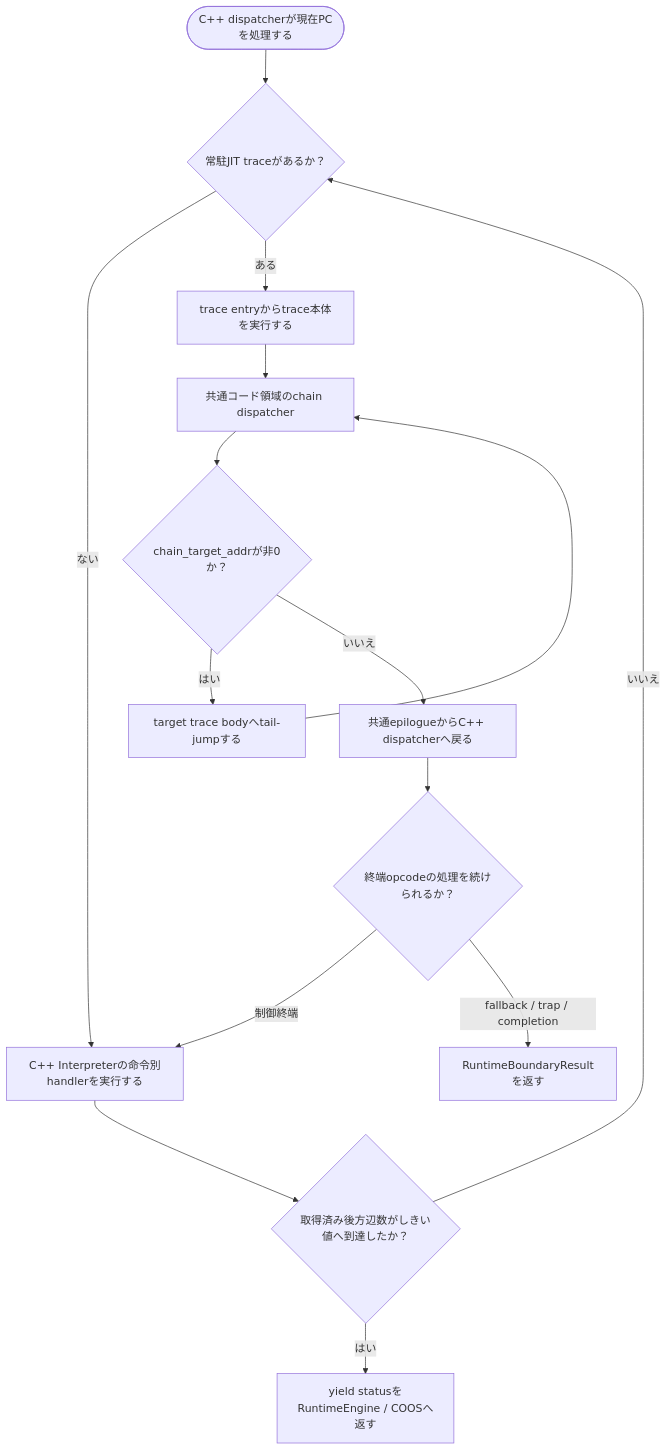
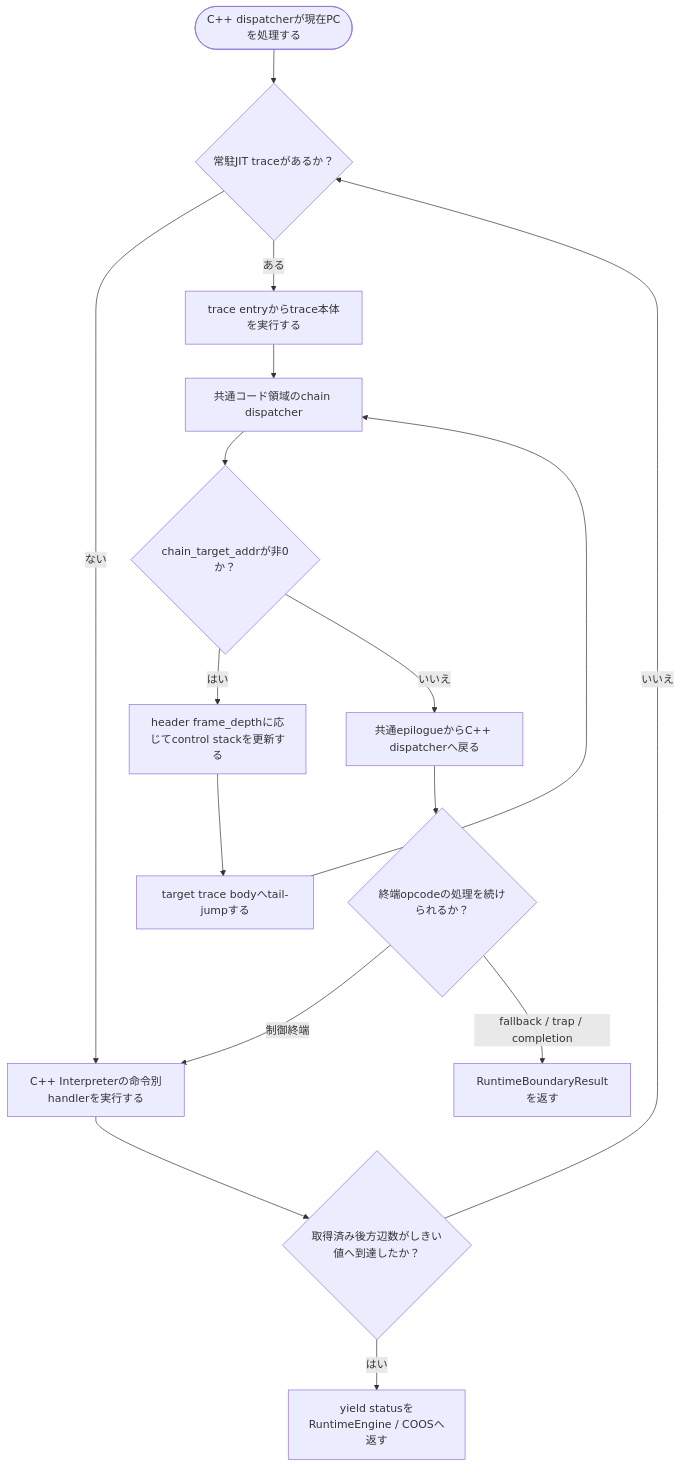
One commit to kmt-t/fireball changed the sixth of 6 diagrams in docs/components/tier3_plugins/jit_runtime.md. Above: the diagram before and after it, drawn with Mermaid. The commit also changed other lines of this file and 71 other files, not shown here.

````diff
--- a/docs/components/tier3_plugins/jit_runtime.md
+++ b/docs/components/tier3_plugins/jit_runtime.md
@@ -333,17 +332,18 @@
 ```mermaid
 flowchart TD
     Start(["C++ dispatcherが現在PCを処理する"]) --> Lookup{"常駐JIT traceがあるか？"}
     Lookup -- "ない" --> Handler["C++ Interpreterの命令別handlerを実行する"]
     Lookup -- "ある" --> Entry["trace entryからtrace本体を実行する"]
     Entry --> Chain["共通コード領域のchain dispatcher"]
     Chain --> Target{"chain_target_addrが非0か？"}
-    Target -- "はい" --> Body["target trace bodyへtail-jumpする"]
+    Target -- "はい" --> Depth["header frame_depthに応じてcontrol stackを更新する"]
+    Depth --> Body["target trace bodyへtail-jumpする"]
     Body --> Chain
     Target -- "いいえ" --> Epilogue["共通epilogueからC++ dispatcherへ戻る"]
     Epilogue --> Terminator{"終端opcodeの処理を続けられるか？"}
     Terminator -- "制御終端" --> Handler
     Terminator -- "fallback / trap / completion" --> Boundary["RuntimeBoundaryResultを返す"]
     Handler --> Backedge{"取得済み後方辺数がしきい値へ到達したか？"}
     Backedge -- "はい" --> Yield["yield statusをRuntimeEngine / COOSへ返す"]
     Backedge -- "いいえ" --> Lookup
 ```
````
